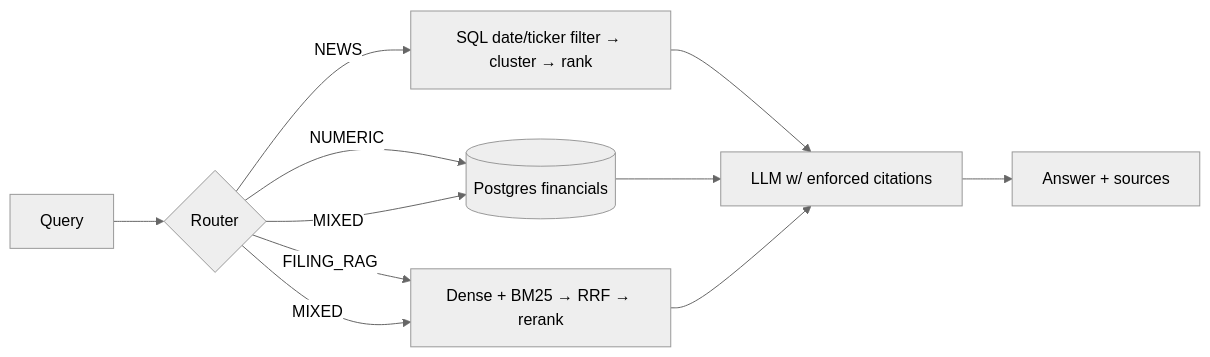
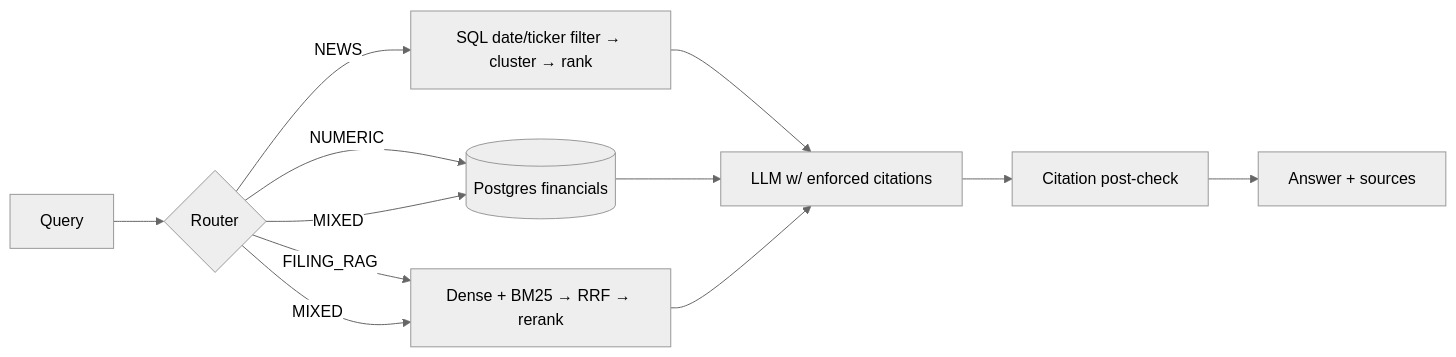
Before and after one commit to abisla/fin-research-copilot: the diagram in README.md, drawn with Mermaid (neutral theme). The commit also changed other lines of this file and 4 other files, not shown here.

````diff
--- a/README.md
+++ b/README.md
@@ -152,12 +11,13 @@
 ```mermaid
 flowchart LR
     Q[Query] --> R{Router}
     R -->|NEWS| N[SQL date/ticker filter → cluster → rank]
     R -->|NUMERIC| S[(Postgres financials)]
     R -->|FILING_RAG| H[Dense + BM25 → RRF → rerank]
     R -->|MIXED| S & H
     N --> G[LLM w/ enforced citations]
     S --> G
     H --> G
-    G --> A[Answer + sources]
+    G --> C[Citation post-check]
+    C --> A[Answer + sources]
 ```
````
